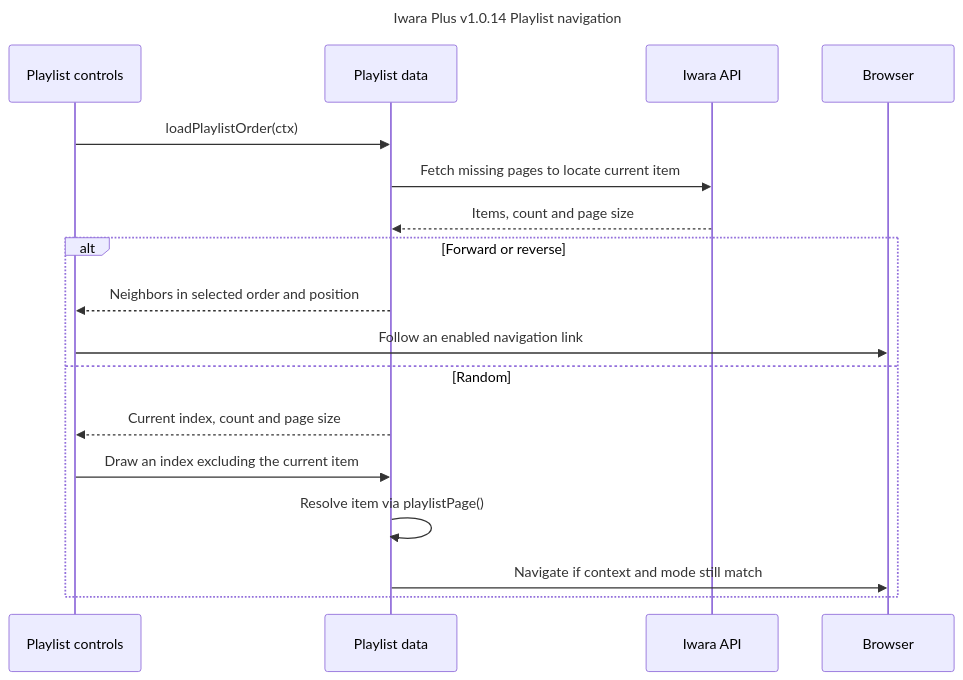
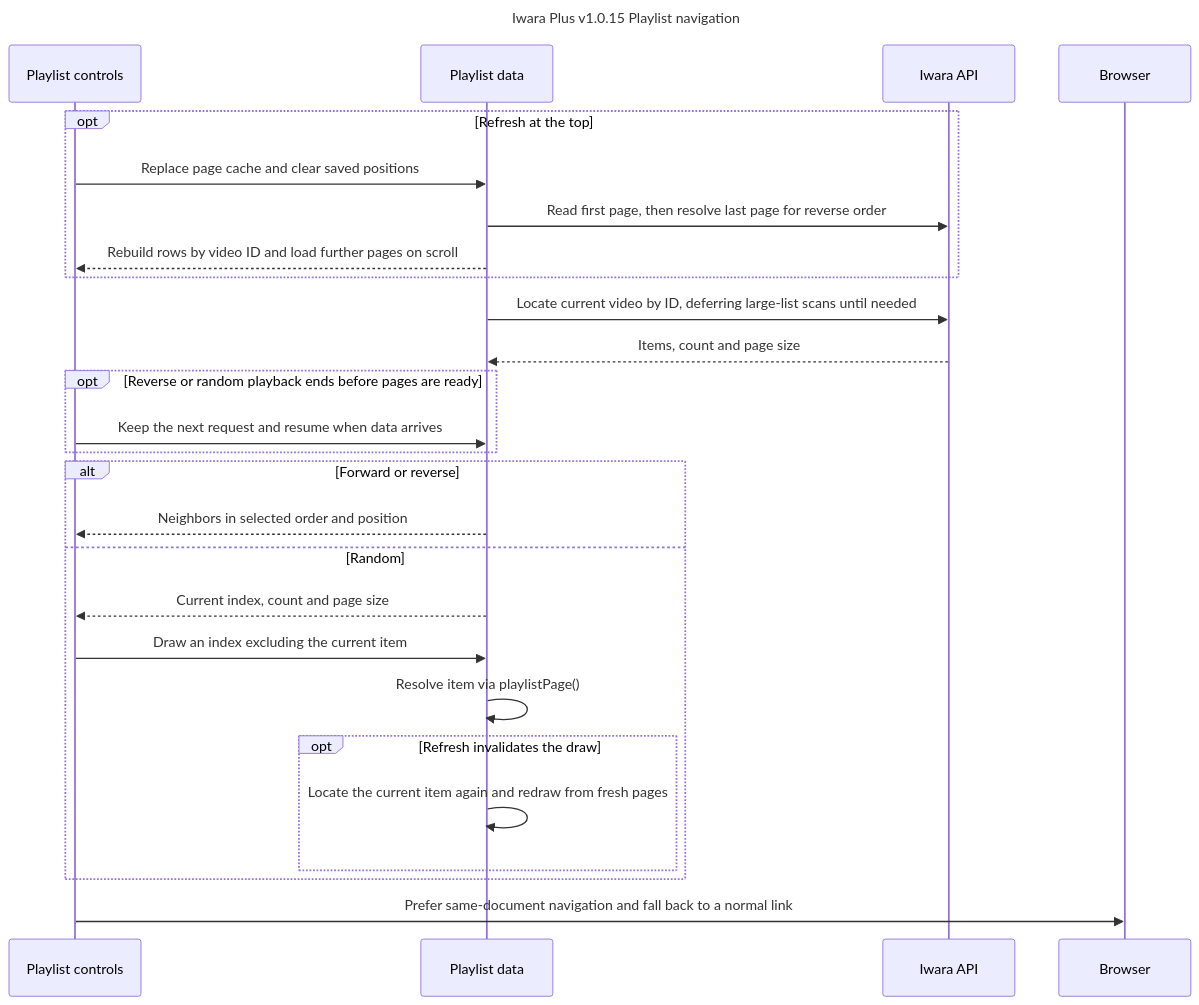
Before and after one commit to lhYanghc/iwara-plus: the fifth of 6 diagrams in docs/architecture.md, drawn with Mermaid. The commit also changed other lines of this file and 7 other files, not shown here.

Commit message:
Release 1.0.15 with fullscreen controls and playlist navigation fixes

````diff
--- a/docs/architecture.md
+++ b/docs/architecture.md
@@ -154,22 +157,31 @@
 ```mermaid
 ---
-title: Iwara Plus v1.0.14 Playlist navigation
+title: Iwara Plus v1.0.15 Playlist navigation
 ---
 sequenceDiagram
     participant C as Playlist controls
     participant Q as Playlist data
     participant A as Iwara API
     participant B as Browser
-    C->>Q: loadPlaylistOrder(ctx)
-    Q->>A: Fetch missing pages to locate current item
+    opt Refresh at the top
+        C->>Q: Replace page cache and clear saved positions
+        Q->>A: Read first page, then resolve last page for reverse order
+        Q-->>C: Rebuild rows by video ID and load further pages on scroll
+    end
+    Q->>A: Locate current video by ID, deferring large-list scans until needed
     A-->>Q: Items, count and page size
+    opt Reverse or random playback ends before pages are ready
+        C->>Q: Keep the next request and resume when data arrives
+    end
     alt Forward or reverse
         Q-->>C: Neighbors in selected order and position
-        C->>B: Follow an enabled navigation link
     else Random
         Q-->>C: Current index, count and page size
         C->>Q: Draw an index excluding the current item
         Q->>Q: Resolve item via playlistPage()
-        Q->>B: Navigate if context and mode still match
+        opt Refresh invalidates the draw
+            Q->>Q: Locate the current item again and redraw from fresh pages
+        end
     end
+    C->>B: Prefer same-document navigation and fall back to a normal link
 ```
````
